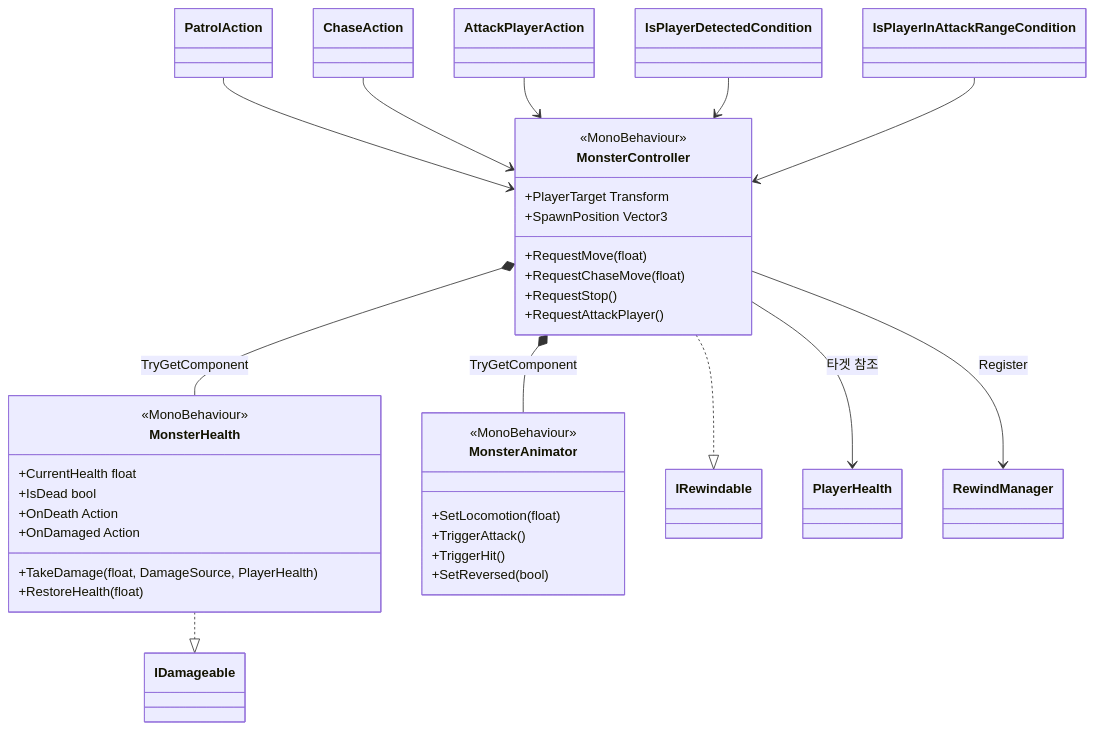
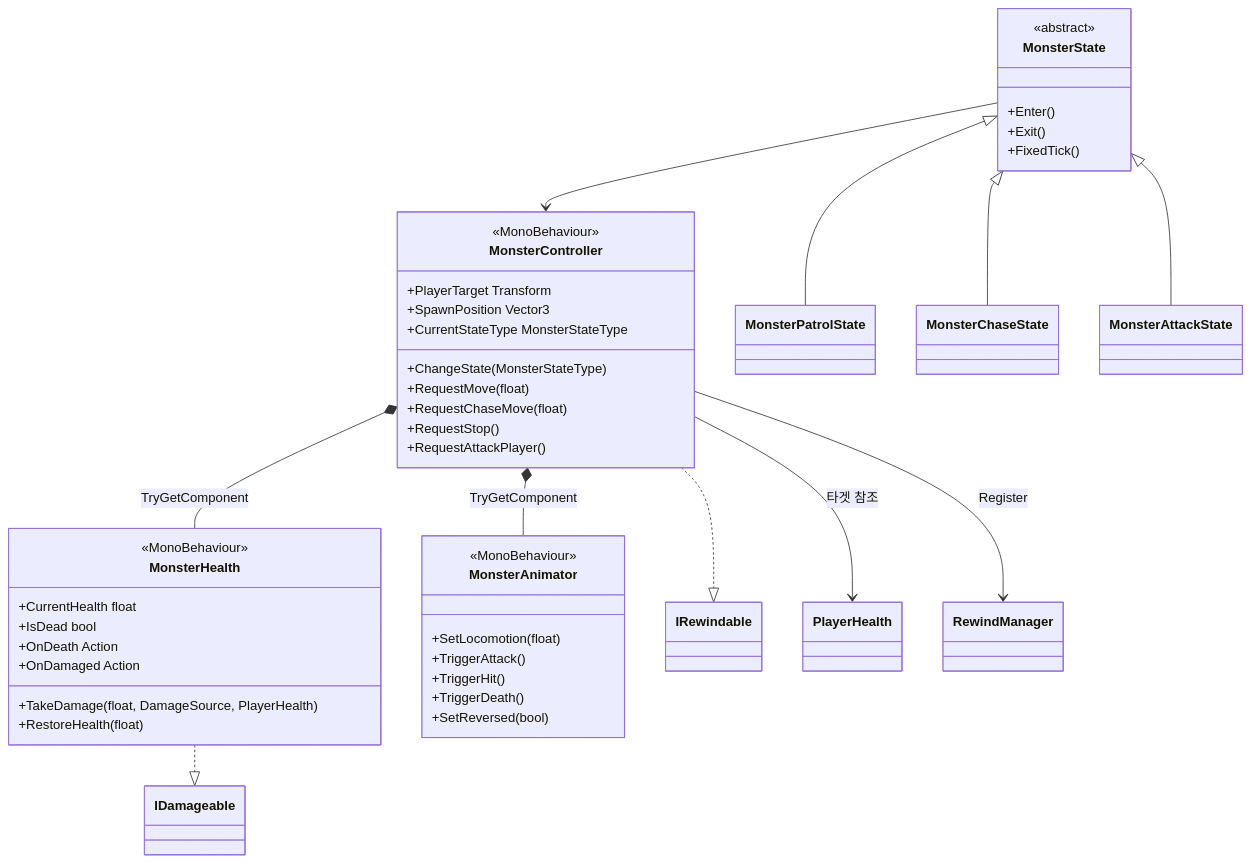
The fourth of 10 diagrams in claude/UML.md (inha-2026-gamedevelop/sheepy), drawn with Mermaid before and after one commit. The commit also changed other lines of this file and 88 other files, not shown here.

````diff
--- a/claude/UML.md
+++ b/claude/UML.md
@@ -296,46 +296,52 @@
 ```mermaid
 classDiagram
     class MonsterController {
         <<MonoBehaviour>>
         +PlayerTarget Transform
         +SpawnPosition Vector3
+        +CurrentStateType MonsterStateType
+        +ChangeState(MonsterStateType)
         +RequestMove(float)
         +RequestChaseMove(float)
         +RequestStop()
         +RequestAttackPlayer()
     }
     class MonsterHealth {
         <<MonoBehaviour>>
         +CurrentHealth float
         +IsDead bool
         +OnDeath Action
         +OnDamaged Action
         +TakeDamage(float, DamageSource, PlayerHealth)
         +RestoreHealth(float)
     }
     class MonsterAnimator {
         <<MonoBehaviour>>
         +SetLocomotion(float)
         +TriggerAttack()
         +TriggerHit()
+        +TriggerDeath()
         +SetReversed(bool)
     }
-    class PatrolAction
-    class ChaseAction
-    class AttackPlayerAction
-    class IsPlayerDetectedCondition
-    class IsPlayerInAttackRangeCondition
+    class MonsterState {
+        <<abstract>>
+        +Enter()
+        +Exit()
+        +FixedTick()
+    }
+    class MonsterPatrolState
+    class MonsterChaseState
+    class MonsterAttackState
 
     MonsterController ..|> IRewindable
     MonsterHealth ..|> IDamageable
     MonsterController *-- MonsterHealth : TryGetComponent
     MonsterController *-- MonsterAnimator : TryGetComponent
     MonsterController --> PlayerHealth : 타겟 참조
     MonsterController --> RewindManager : Register
 
-    PatrolAction --> MonsterController
-    ChaseAction --> MonsterController
-    AttackPlayerAction --> MonsterController
-    IsPlayerDetectedCondition --> MonsterController
-    IsPlayerInAttackRangeCondition --> MonsterController
+    MonsterState --> MonsterController
+    MonsterState <|-- MonsterPatrolState
+    MonsterState <|-- MonsterChaseState
+    MonsterState <|-- MonsterAttackState
 ```
````
